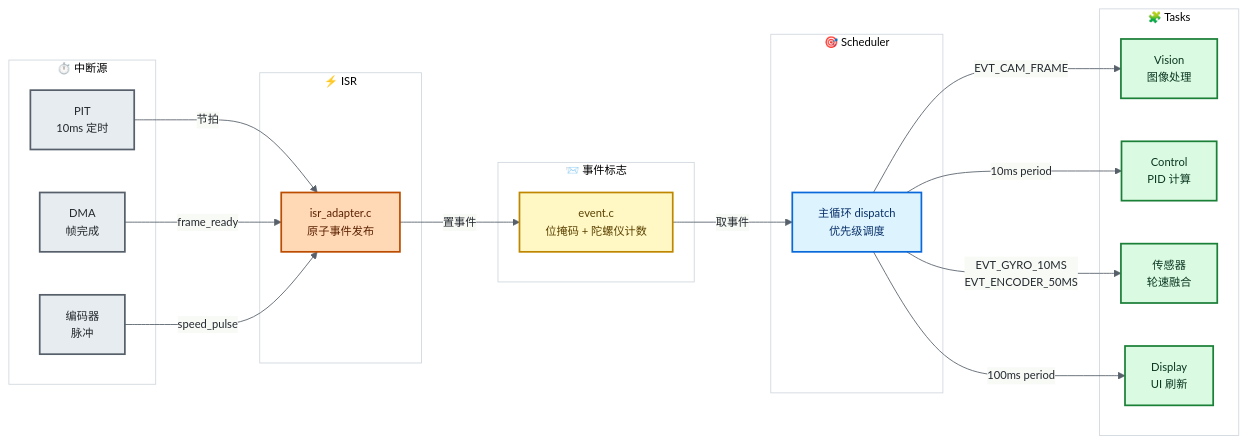
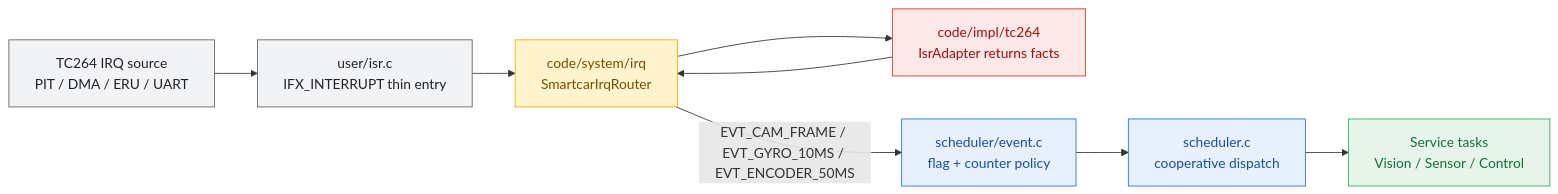
The second of 2 diagrams in README.md (ParacosmYy/GS_Smart_car), drawn with Mermaid before and after one commit. The commit also changed other lines of this file and 13 other files, not shown here.

````diff
--- a/README.md
+++ b/README.md
@@ -151,44 +98,24 @@
 ```mermaid
-%%{init: {'theme':'base','themeVariables':{'primaryColor':'#f6f8fa','primaryTextColor':'#24292f','primaryBorderColor':'#d0d7de','lineColor':'#57606a','fontSize':'13px','fontFamily':'ui-sans-serif,system-ui,-apple-system,Segoe UI,Helvetica,Arial,sans-serif','clusterBkg':'#ffffff','clusterBorder':'#d0d7de'}}}%%
 flowchart LR
-    classDef hw      fill:#e7ecf0,stroke:#57606a,stroke-width:2px,color:#24292f
-    classDef isr     fill:#ffd8b5,stroke:#bc4c00,stroke-width:2px,color:#5c2200
-    classDef queue   fill:#fff8c5,stroke:#bf8700,stroke-width:2px,color:#5c4200
-    classDef sched   fill:#ddf4ff,stroke:#0969da,stroke-width:2px,color:#0a3069
-    classDef task    fill:#dafbe1,stroke:#1a7f37,stroke-width:2px,color:#0a3622
+    classDef sdk fill:#f1f3f4,stroke:#5f6368,color:#202124
+    classDef system fill:#fff4ce,stroke:#f9ab00,color:#7a4b00
+    classDef impl fill:#fce8e6,stroke:#d93025,color:#a50e0e
+    classDef sched fill:#e8f0fe,stroke:#1a73e8,color:#174ea6
+    classDef service fill:#e6f4ea,stroke:#34a853,color:#137333
 
-    subgraph SRC[" ⏱️ 中断源 "]
-        PIT["PIT<br/>10ms 定时"]:::hw
-        DMA["DMA<br/>帧完成"]:::hw
-        ENC["编码器<br/>脉冲"]:::hw
-    end
+    HW["TC264 IRQ source<br/>PIT / DMA / ERU / UART"]:::sdk
+    SDK["user/isr.c<br/>IFX_INTERRUPT thin entry"]:::sdk
+    ROUTER["code/system/irq<br/>SmartcarIrqRouter"]:::system
+    ADAPTER["code/impl/tc264<br/>IsrAdapter returns facts"]:::impl
+    EVENTS["scheduler/event.c<br/>flag + counter policy"]:::sched
+    SCHED["scheduler.c<br/>cooperative dispatch"]:::sched
+    TASKS["Service tasks<br/>Vision / Sensor / Control"]:::service
 
-    subgraph ISRG[" ⚡ ISR "]
-        HANDLER["isr_adapter.c<br/>原子事件发布"]:::isr
-    end
-
-    subgraph BUS[" 📨 事件标志 "]
-        Q["event.c<br/>位掩码 + 陀螺仪计数"]:::queue
-    end
-
-    subgraph SCHED[" 🎯 Scheduler "]
-        SCH["主循环 dispatch<br/>优先级调度"]:::sched
-    end
-
-    subgraph TASKS[" 🧩 Tasks "]
-        T_VIS["Vision<br/>图像处理"]:::task
-        T_CTL["Control<br/>PID 计算"]:::task
-        T_SEN["传感器<br/>轮速融合"]:::task
-        T_DSP["Display<br/>UI 刷新"]:::task
-    end
-
-    PIT -->|节拍| HANDLER
-    DMA -->|frame_ready| HANDLER
-    ENC -->|speed_pulse| HANDLER
-    HANDLER -->|置事件| Q
-    Q     -->|取事件| SCH
-    SCH   -->|EVT_CAM_FRAME| T_VIS
-    SCH   -->|EVT_GYRO_10MS<br/>EVT_ENCODER_50MS| T_SEN
-    SCH   -->|10ms period| T_CTL
-    SCH   -->|100ms period| T_DSP
+    HW --> SDK
+    SDK --> ROUTER
+    ROUTER --> ADAPTER
+    ADAPTER --> ROUTER
+    ROUTER -->|EVT_CAM_FRAME / EVT_GYRO_10MS / EVT_ENCODER_50MS| EVENTS
+    EVENTS --> SCHED
+    SCHED --> TASKS
 ```
````
